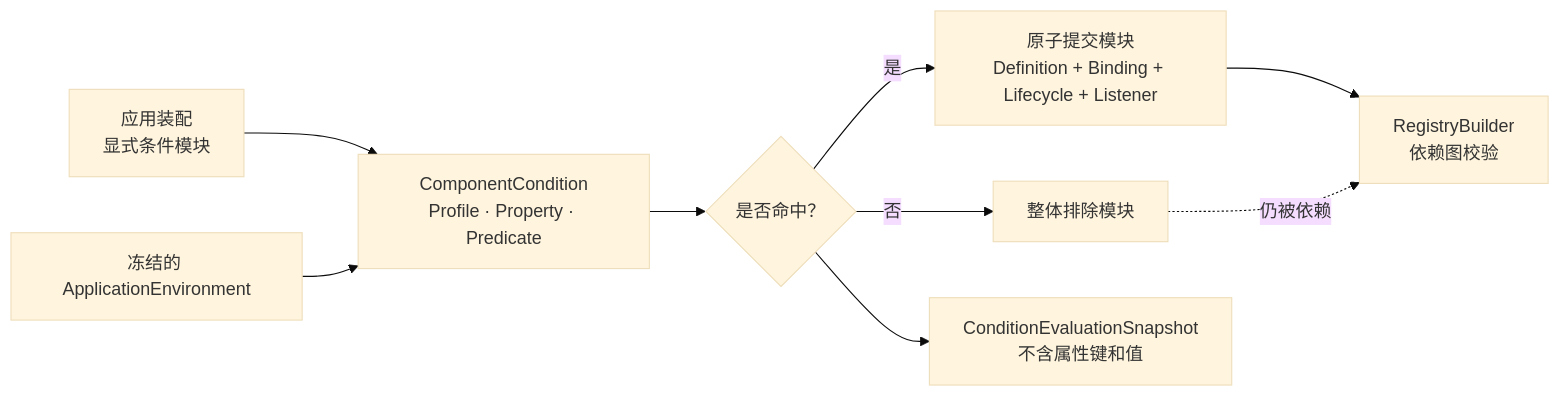
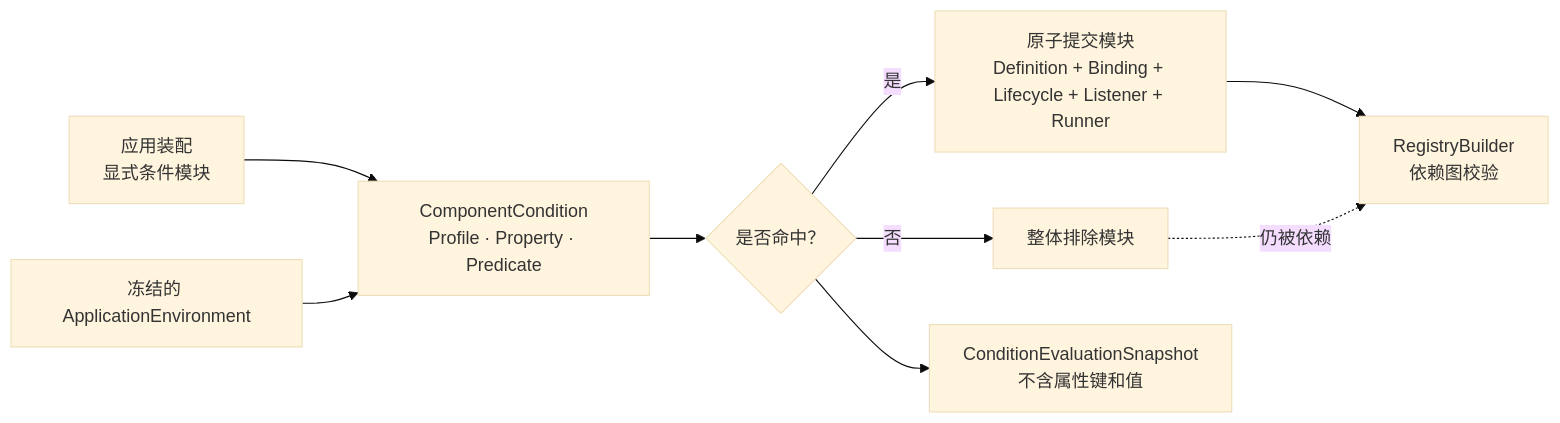
Diagram 15 of 25 in docs/Vernal-Architecture.zh_CN.md (easy-4-rust/vernal), drawn with Mermaid (base theme) before and after one commit. The commit also changed other lines of this file and 36 other files, not shown here.

````diff
--- a/docs/Vernal-Architecture.zh_CN.md
+++ b/docs/Vernal-Architecture.zh_CN.md
@@ -975,19 +977,19 @@
 ```mermaid
 flowchart LR
     Assembly["应用装配<br/>显式条件模块"]
     Environment["冻结的 ApplicationEnvironment"]
     Condition["ComponentCondition<br/>Profile · Property · Predicate"]
     Decision{"是否命中？"}
-    Commit["原子提交模块<br/>Definition + Binding + Lifecycle + Listener"]
+    Commit["原子提交模块<br/>Definition + Binding + Lifecycle + Listener + Runner"]
     Omit["整体排除模块"]
     Graph["RegistryBuilder<br/>依赖图校验"]
     Snapshot["ConditionEvaluationSnapshot<br/>不含属性键和值"]
 
     Assembly --> Condition
     Environment --> Condition
     Condition --> Decision
     Decision -->|"是"| Commit --> Graph
     Decision -->|"否"| Omit
     Decision --> Snapshot
     Omit -.->|"仍被依赖"| Graph
 ```
````
